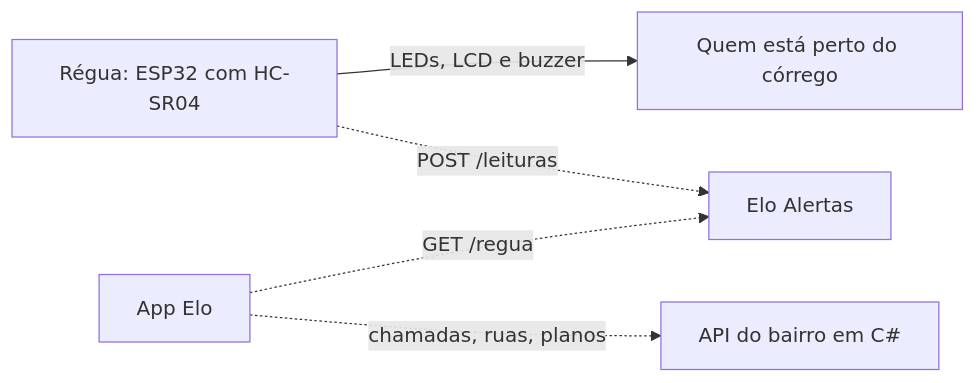
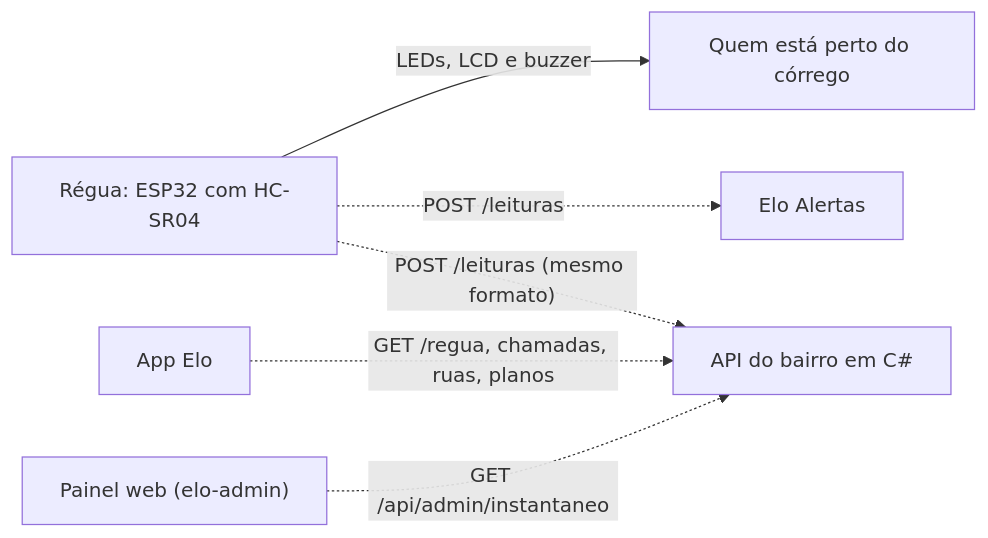
The diagram in README.md (Elo-Fiap/elo-regua-esp32), drawn with Mermaid before and after one commit. The commit also changed other lines of this file and 1 other file, not shown here.

First line of the commit message:
Atualiza o README com a API em C# e o painel web

````diff
--- a/README.md
+++ b/README.md
@@ -26,7 +28,8 @@
 ```mermaid
 flowchart LR
     REGUA["Régua: ESP32 com HC-SR04"] -->|"LEDs, LCD e buzzer"| LOCAL["Quem está perto do córrego"]
     REGUA -.->|"POST /leituras"| ALERTAS["Elo Alertas"]
-    APP["App Elo"] -.->|"GET /regua"| ALERTAS
-    APP -.->|"chamadas, ruas, planos"| BAIRRO["API do bairro em C#"]
+    REGUA -.->|"POST /leituras (mesmo formato)"| BAIRRO["API do bairro em C#"]
+    APP["App Elo"] -.->|"GET /regua, chamadas, ruas, planos"| BAIRRO
+    PAINEL["Painel web (elo-admin)"] -.->|"GET /api/admin/instantaneo"| BAIRRO
 ```
````
